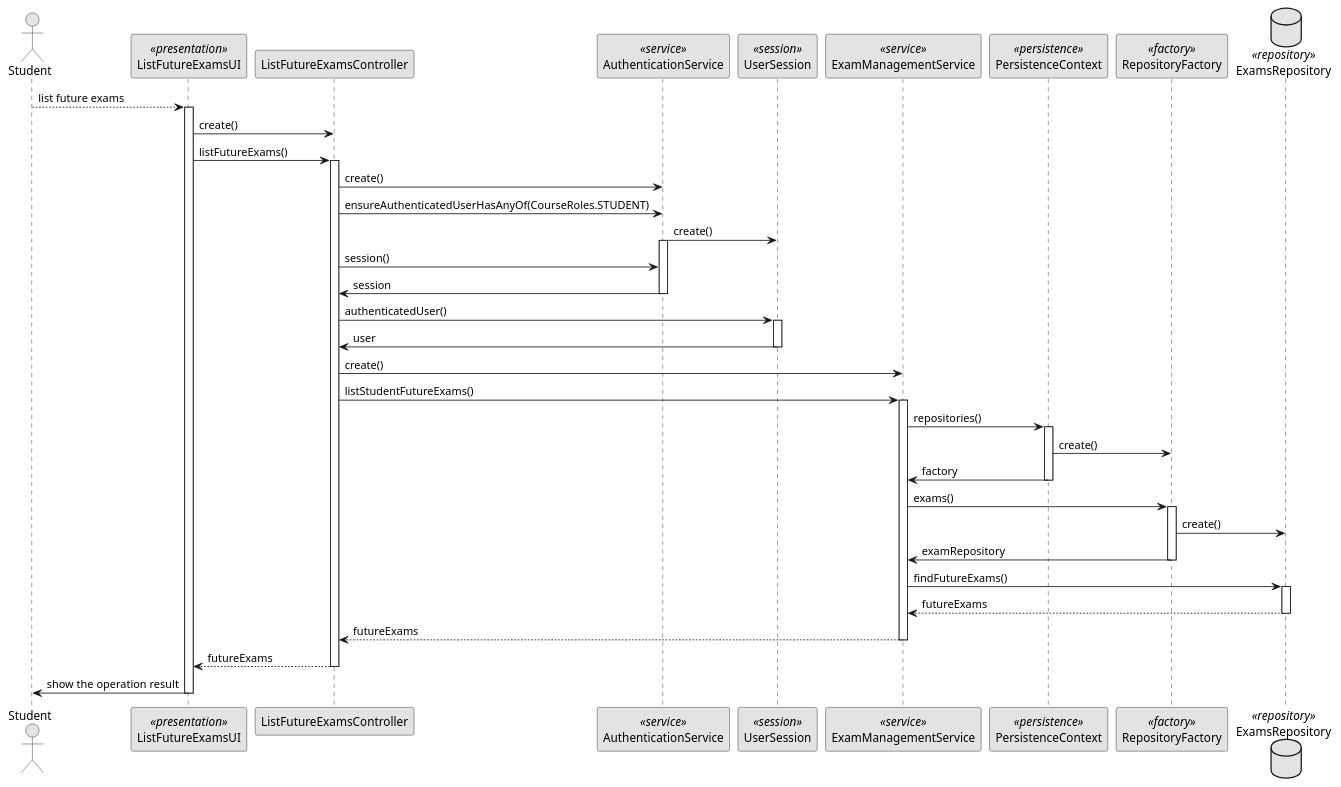
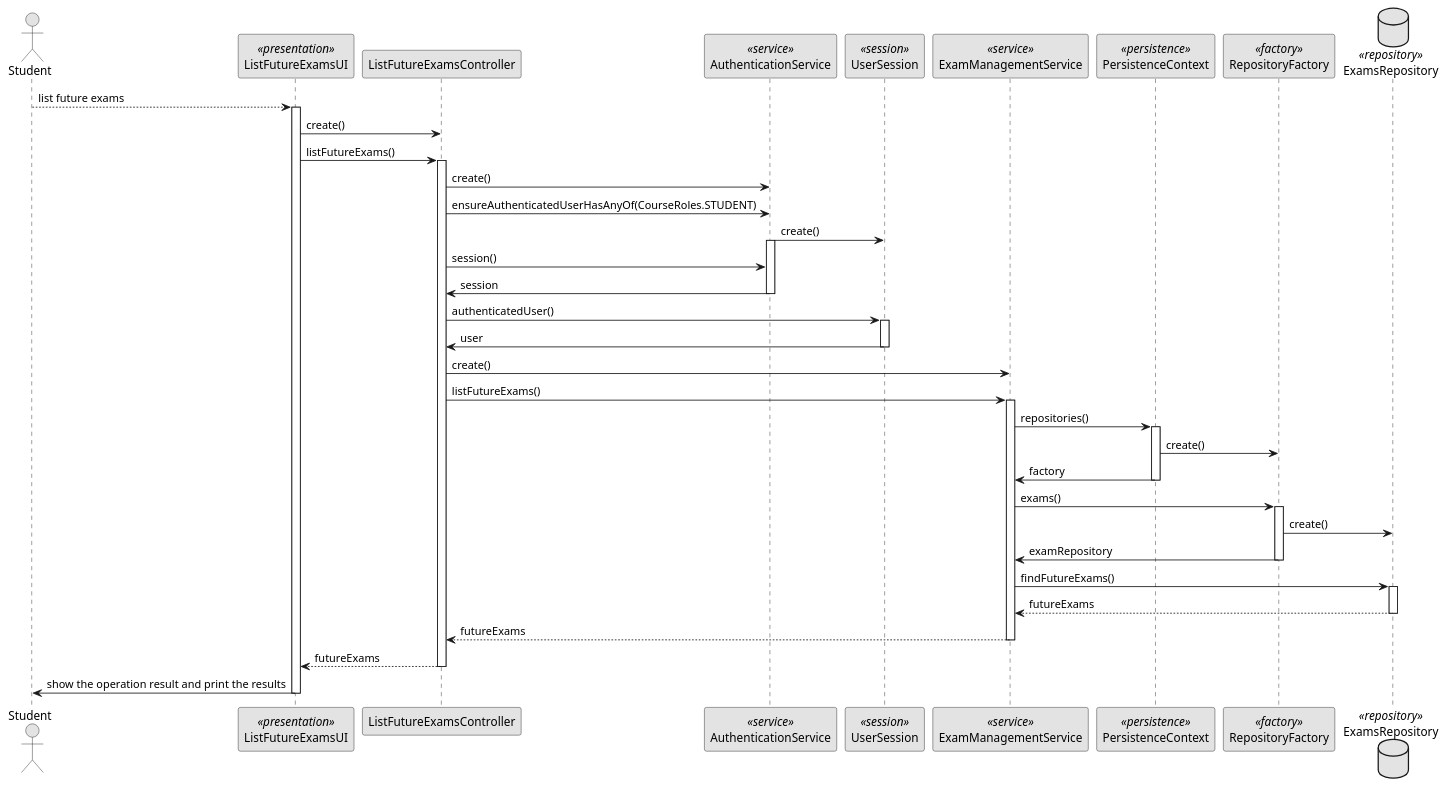
One commit to brunacosta03/sem4pi_22_23 changed the diagram in docs/SPRINT B/US_2002/SD/ListFutureExams-SD.puml. Above: the diagram before and after it, drawn with PlantUML. The commit also changed 3 other files, not shown here.

Commit message:
US2002: Small diagram refactors to meet the correct names #14

```diff
--- a/docs/SPRINT B/US_2002/SD/ListFutureExams-SD.puml
+++ b/docs/SPRINT B/US_2002/SD/ListFutureExams-SD.puml
@@ -1,75 +1,75 @@
 @startuml
 
 skinparam monochrome true
 skinparam packageStyle rect
 skinparam defaultFontName FG Virgil
 skinparam shadowing false
 
 actor Student as Actor
 participant ListFutureExamsUI as UI <<presentation>>
 participant ListFutureExamsController as Controller
 participant AuthenticationService as Autzh <<service>>
 participant UserSession as UserSession <<session>>
 participant ExamManagementService as Service <<service>>
 participant PersistenceContext as Context <<persistence>>
 participant RepositoryFactory as Factory <<factory>>
 database ExamsRepository as Repository <<repository>>
 
 Actor --> UI : list future exams
 
 activate UI
 UI -> Controller : create()
 
 UI -> Controller : listFutureExams()
 
 activate Controller
 Controller -> Autzh : create()
 Controller -> Autzh : ensureAuthenticatedUserHasAnyOf(CourseRoles.STUDENT)
 Autzh -> UserSession : create()
 
 activate Autzh
 Controller -> Autzh : session()
 Autzh -> Controller : session
 deactivate Autzh
 
 Controller -> UserSession : authenticatedUser()
 activate UserSession
 UserSession -> Controller : user
 deactivate UserSession
 
 Controller -> Service : create()
-Controller -> Service : listStudentFutureExams()
+Controller -> Service : listFutureExams()
 
 activate Service
 Service -> Context : repositories()
 
 activate Context
 Context -> Factory : create()
 Context -> Service : factory
 deactivate Context
 
 Service -> Factory : exams()
 
 activate Factory
 Factory -> Repository : create()
 Factory -> Service : examRepository
 deactivate Factory
 
 Service -> Repository : findFutureExams()
 
 
 activate Repository
 Repository --> Service : futureExams
 
 deactivate Repository
 Service --> Controller : futureExams
 
 deactivate Service
 Controller --> UI : futureExams
 
 deactivate Controller
-UI -> Actor : show the operation result
+UI -> Actor : show the operation result and print the results
 
 deactivate UI
 
 @enduml
```
